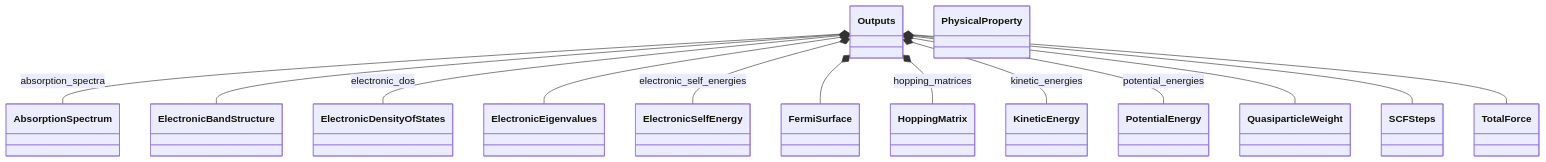
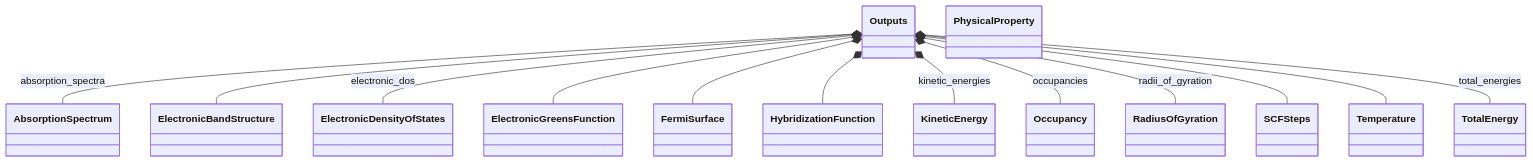
Before and after one commit to FAIRmat-NFDI/nomad-simulations: the first of 2 diagrams in docs/schema/outputs.diagram.md, drawn with Mermaid. The commit also changed other lines of this file and 112 other files, not shown here.

First line of the commit message:
Add auto-generated Workflow schema docs and align explanation guidance (#366)

````diff
--- a/docs/schema/outputs.diagram.md
+++ b/docs/schema/outputs.diagram.md
@@ -14,43 +14,29 @@
 ```mermaid
 classDiagram
-    class AbsorptionSpectrum {
-    }
-    class ElectronicBandStructure {
-    }
-    class ElectronicDensityOfStates {
-    }
-    class ElectronicEigenvalues {
-    }
-    class ElectronicSelfEnergy {
-    }
-    class FermiSurface {
-    }
-    class HoppingMatrix {
-    }
-    class KineticEnergy {
-    }
-    class Outputs {
-    }
-    class PhysicalProperty {
-    }
-    class PotentialEnergy {
-    }
-    class QuasiparticleWeight {
-    }
-    class SCFSteps {
-    }
-    class TotalForce {
-    }
+    class AbsorptionSpectrum
+    class ElectronicBandStructure
+    class ElectronicDensityOfStates
+    class ElectronicGreensFunction
+    class FermiSurface
+    class HybridizationFunction
+    class KineticEnergy
+    class Occupancy
+    class Outputs
+    class PhysicalProperty
+    class RadiusOfGyration
+    class SCFSteps
+    class Temperature
+    class TotalEnergy
     Outputs *-- AbsorptionSpectrum : absorption_spectra
     Outputs *-- ElectronicBandStructure
     Outputs *-- ElectronicDensityOfStates : electronic_dos
-    Outputs *-- ElectronicEigenvalues
-    Outputs *-- ElectronicSelfEnergy : electronic_self_energies
+    Outputs *-- ElectronicGreensFunction
     Outputs *-- FermiSurface
-    Outputs *-- HoppingMatrix : hopping_matrices
+    Outputs *-- HybridizationFunction
     Outputs *-- KineticEnergy : kinetic_energies
-    Outputs *-- PotentialEnergy : potential_energies
-    Outputs *-- QuasiparticleWeight
+    Outputs *-- Occupancy : occupancies
+    Outputs *-- RadiusOfGyration : radii_of_gyration
     Outputs *-- SCFSteps
-    Outputs *-- TotalForce
+    Outputs *-- Temperature
+    Outputs *-- TotalEnergy : total_energies
 ```
````
